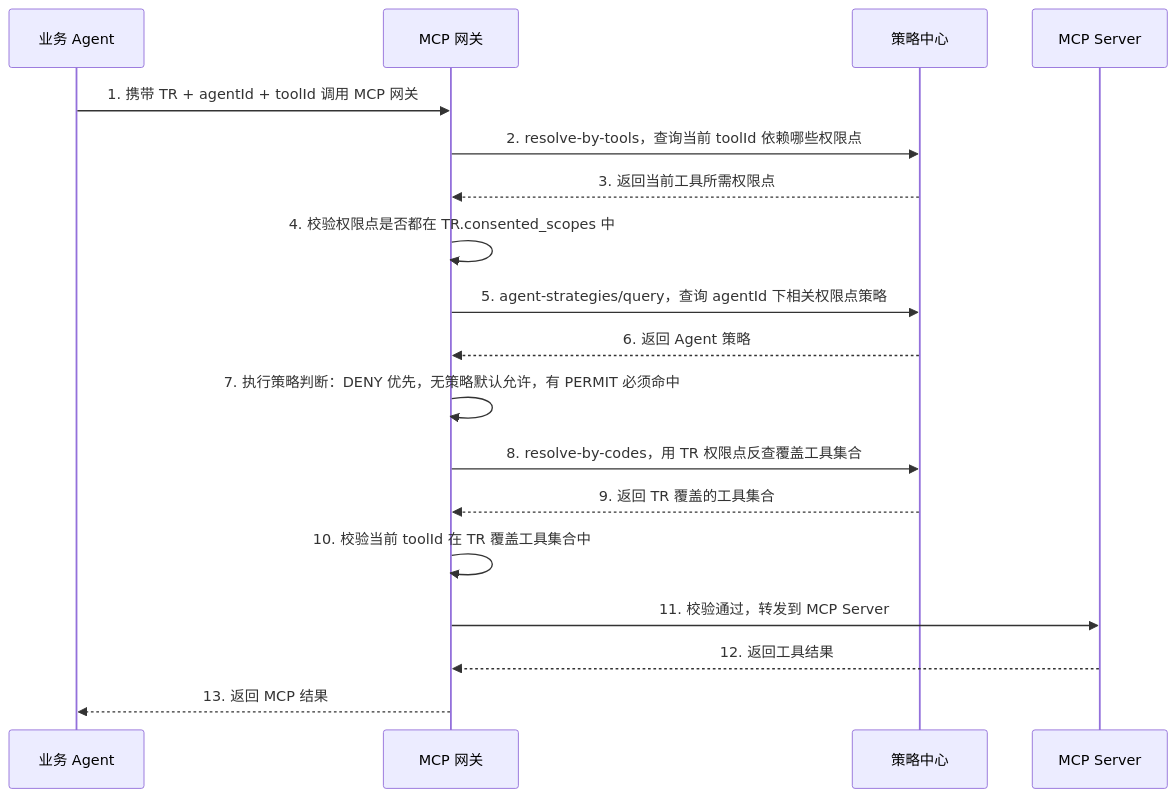
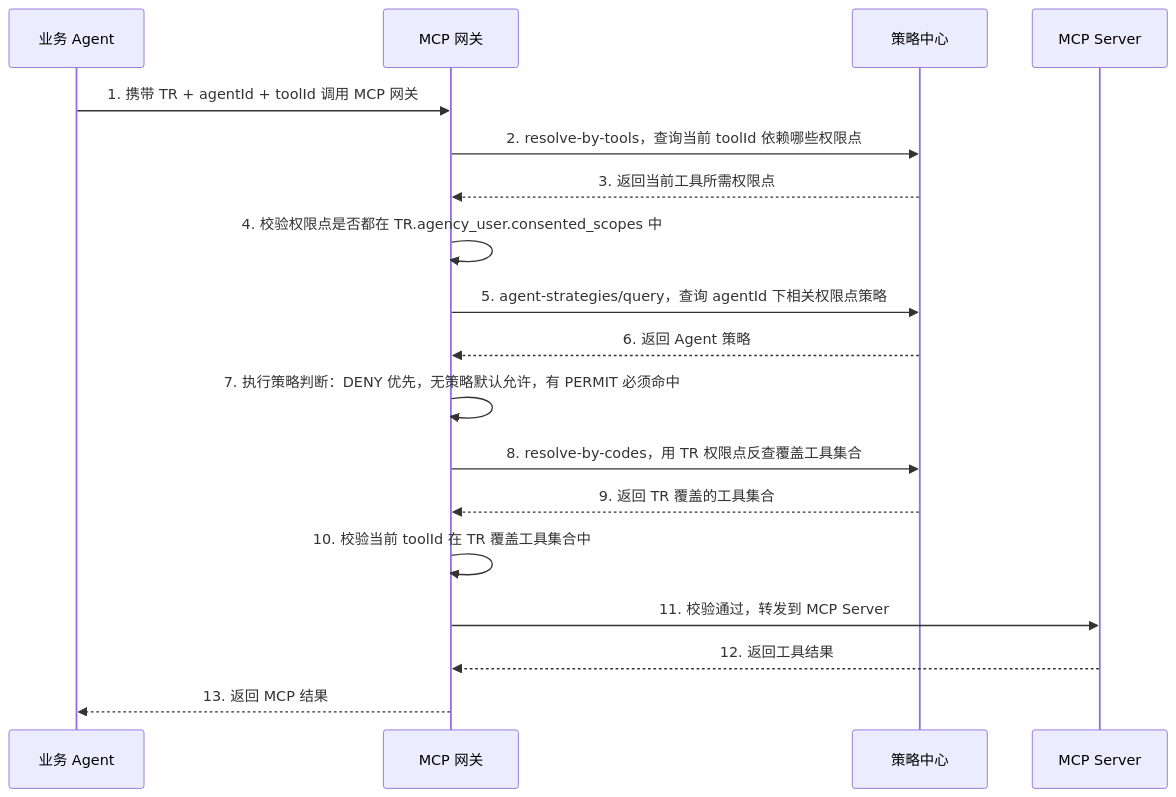
The sixth of 6 diagrams in docs/final_design/07_登录鉴权流程领导讲解版.md (xuning117634-ux/auth-design-spec), drawn with Mermaid before and after one commit. The commit also changed other lines of this file and 29 other files, not shown here.

````diff
--- a/docs/final_design/07_登录鉴权流程领导讲解版.md
+++ b/docs/final_design/07_登录鉴权流程领导讲解版.md
@@ -218,24 +218,24 @@
 ```mermaid
 sequenceDiagram
     participant BA as 业务 Agent
     participant MCP as MCP 网关
     participant PC as 策略中心
     participant MS as MCP Server
 
     BA->>MCP: 1. 携带 TR + agentId + toolId 调用 MCP 网关
     MCP->>PC: 2. resolve-by-tools，查询当前 toolId 依赖哪些权限点
     PC-->>MCP: 3. 返回当前工具所需权限点
-    MCP->>MCP: 4. 校验权限点是否都在 TR.consented_scopes 中
+    MCP->>MCP: 4. 校验权限点是否都在 TR.agency_user.consented_scopes 中
 
     MCP->>PC: 5. agent-strategies/query，查询 agentId 下相关权限点策略
     PC-->>MCP: 6. 返回 Agent 策略
     MCP->>MCP: 7. 执行策略判断：DENY 优先，无策略默认允许，有 PERMIT 必须命中
 
     MCP->>PC: 8. resolve-by-codes，用 TR 权限点反查覆盖工具集合
     PC-->>MCP: 9. 返回 TR 覆盖的工具集合
     MCP->>MCP: 10. 校验当前 toolId 在 TR 覆盖工具集合中
 
     MCP->>MS: 11. 校验通过，转发到 MCP Server
     MS-->>MCP: 12. 返回工具结果
     MCP-->>BA: 13. 返回 MCP 结果
 ```
````
